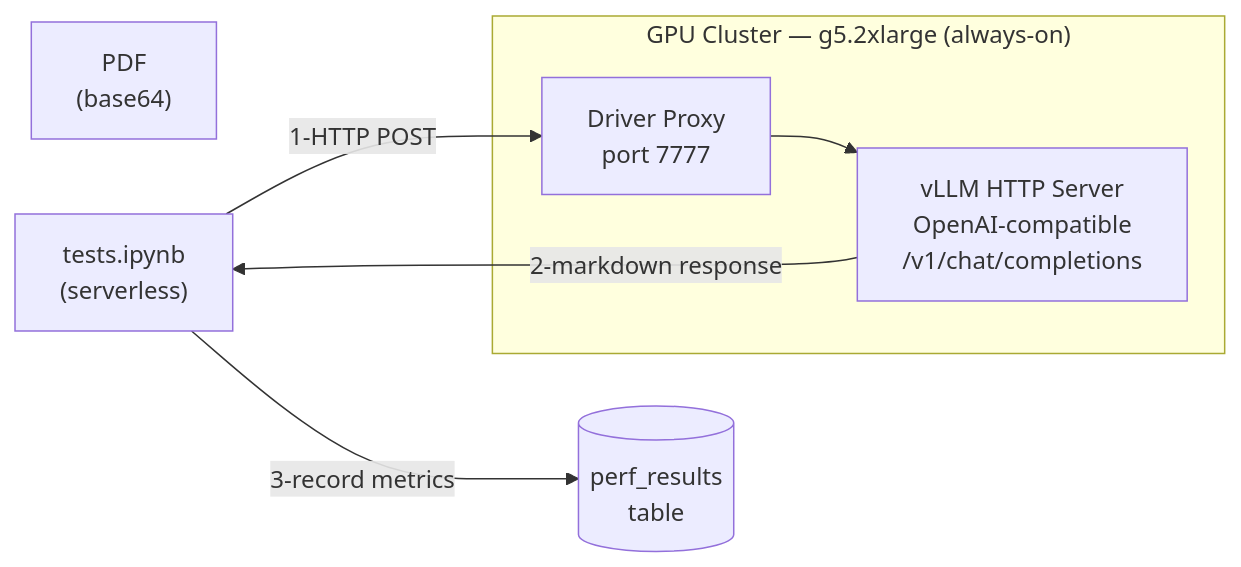
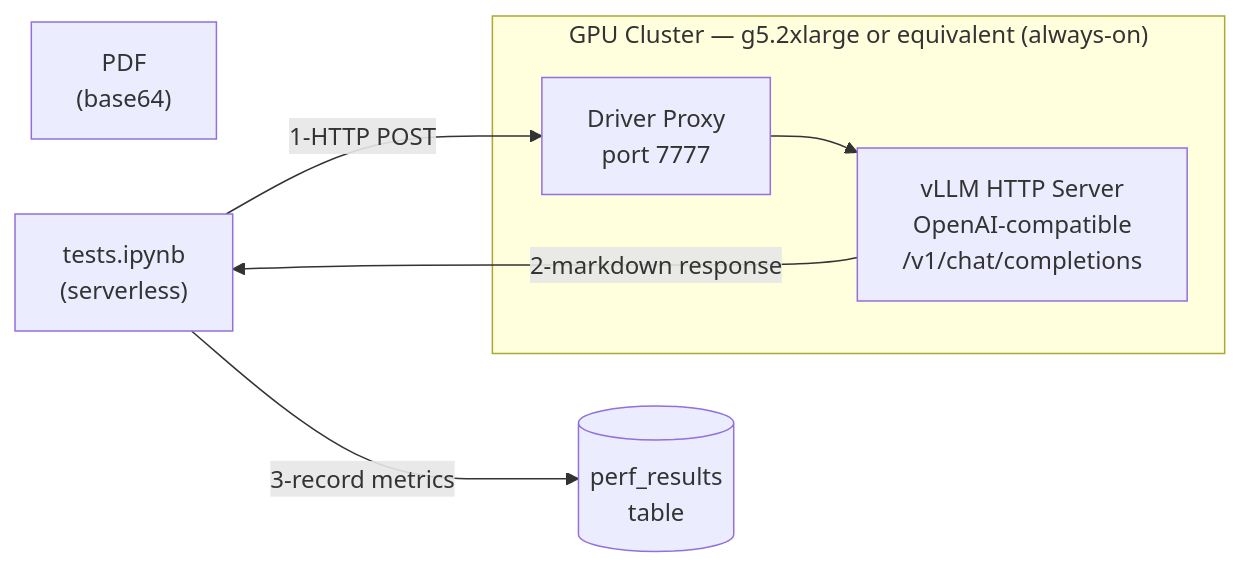
Before and after one commit to manganganath/doc_parsing_mineru_vllm_databricks: the second of 2 diagrams in README.md, drawn with Mermaid. The commit also changed other lines of this file and 8 other files, not shown here.

Commit message:
Update cluster requirements: Serverless for CPU notebooks, g5.2xlarge or equivalent for GPU

````diff
--- a/README.md
+++ b/README.md
@@ -38,16 +38,16 @@
 ```mermaid
 flowchart LR
     PDF["PDF<br/>(base64)"]
     Tests["tests.ipynb<br/>(serverless)"]
     Perf[("perf_results<br/>table")]
 
-    subgraph GPU["GPU Cluster — g5.2xlarge (always-on)"]
+    subgraph GPU["GPU Cluster — g5.2xlarge or equivalent (always-on)"]
         Proxy["Driver Proxy<br/>port 7777"]
         VLLM["vLLM HTTP Server<br/>OpenAI-compatible<br/>/v1/chat/completions"]
         Proxy --> VLLM
     end
 
     Tests -- "1-HTTP POST" --> Proxy
     VLLM -- "2-markdown response" --> Tests
     Tests -- "3-record metrics" --> Perf
 ```
````
